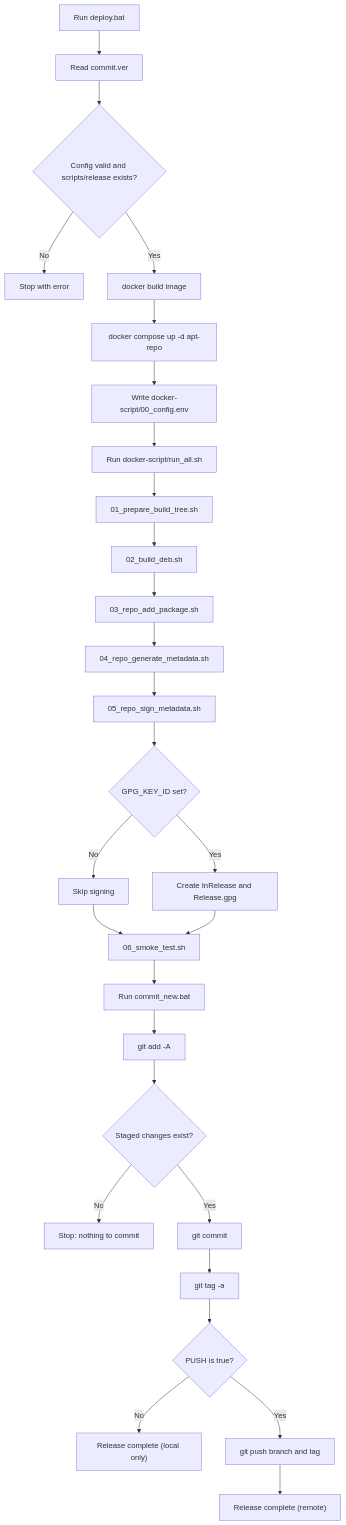
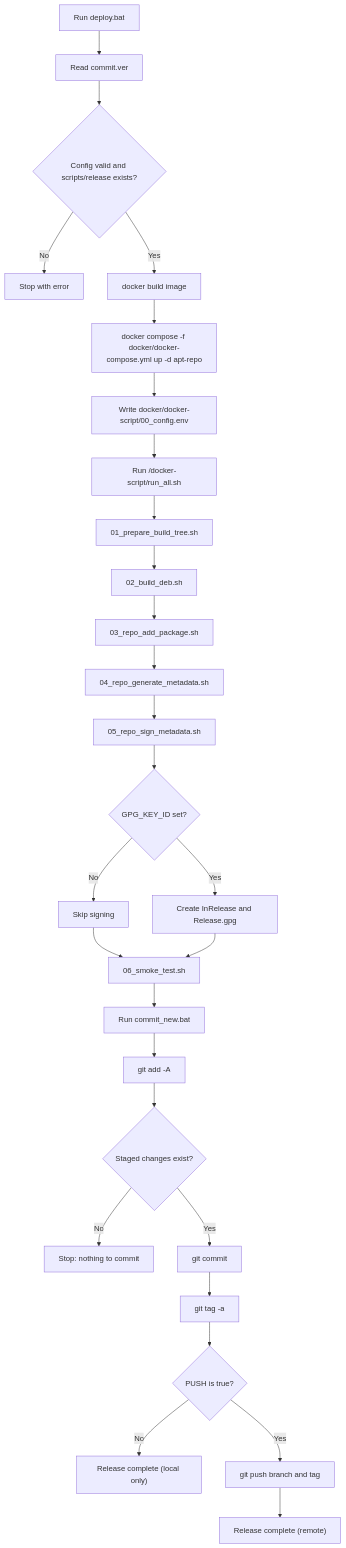
The first of 4 diagrams in docs/map.md (JernejKorosec/jernejk-moodle-apt-repo), drawn with Mermaid before and after one commit. The commit also changed other lines of this file and 12 other files, not shown here.

````diff
--- a/docs/map.md
+++ b/docs/map.md
@@ -6,30 +6,30 @@
 ```mermaid
 flowchart TD
   U["Run deploy.bat"] --> C["Read commit.ver"]
   C --> V{"Config valid and scripts/release exists?"}
   V -- No --> E1["Stop with error"]
   V -- Yes --> D1["docker build image"]
-  D1 --> D2["docker compose up -d apt-repo"]
-  D2 --> W1["Write docker-script/00_config.env"]
-  W1 --> R1["Run docker-script/run_all.sh"]
+  D1 --> D2["docker compose -f docker/docker-compose.yml up -d apt-repo"]
+  D2 --> W1["Write docker/docker-script/00_config.env"]
+  W1 --> R1["Run /docker-script/run_all.sh"]
   R1 --> S1["01_prepare_build_tree.sh"]
   S1 --> S2["02_build_deb.sh"]
   S2 --> S3["03_repo_add_package.sh"]
   S3 --> S4["04_repo_generate_metadata.sh"]
   S4 --> S5["05_repo_sign_metadata.sh"]
   S5 --> K{"GPG_KEY_ID set?"}
   K -- No --> K0["Skip signing"]
   K -- Yes --> K1["Create InRelease and Release.gpg"]
   K0 --> S6["06_smoke_test.sh"]
   K1 --> S6
   S6 --> G1["Run commit_new.bat"]
   G1 --> G2["git add -A"]
   G2 --> G3{"Staged changes exist?"}
   G3 -- No --> E2["Stop: nothing to commit"]
   G3 -- Yes --> G4["git commit"]
   G4 --> G5["git tag -a"]
   G5 --> P{"PUSH is true?"}
   P -- No --> Z1["Release complete (local only)"]
   P -- Yes --> G6["git push branch and tag"]
   G6 --> Z2["Release complete (remote)"]
 ```
````
